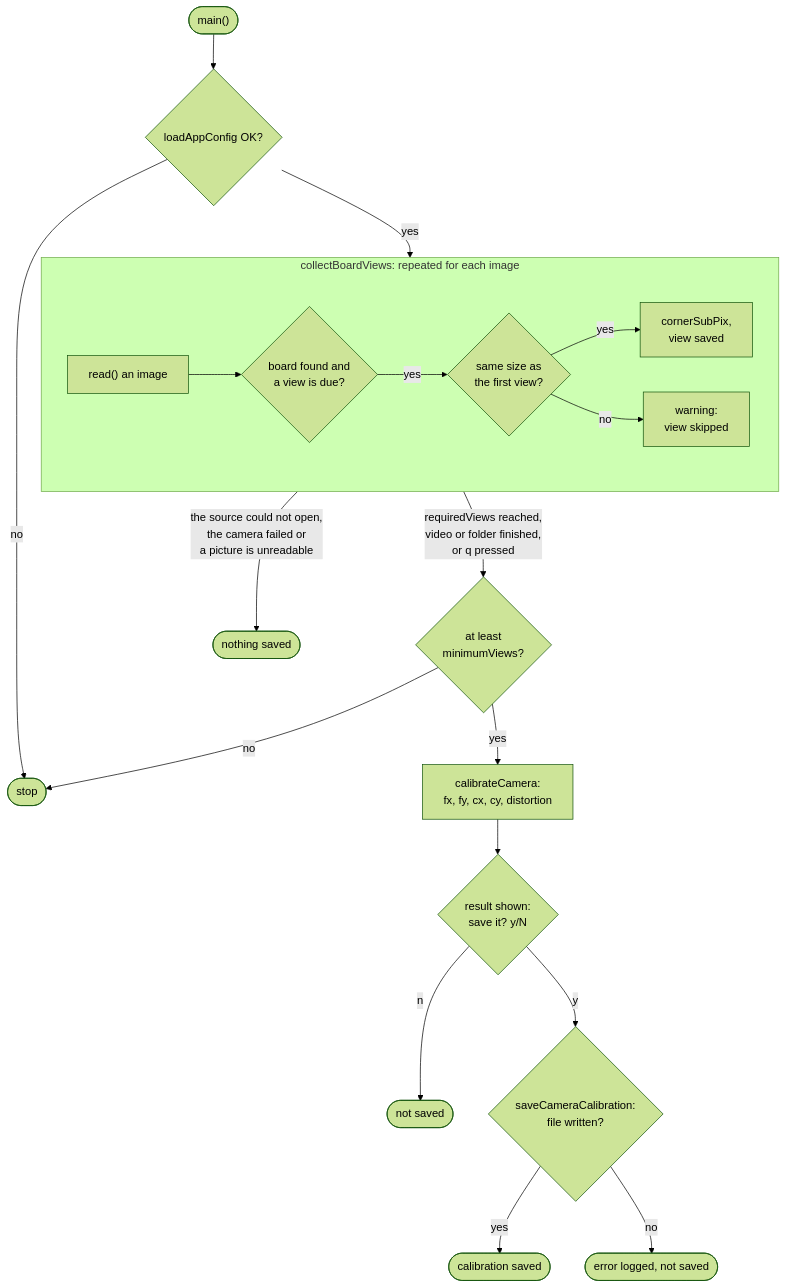
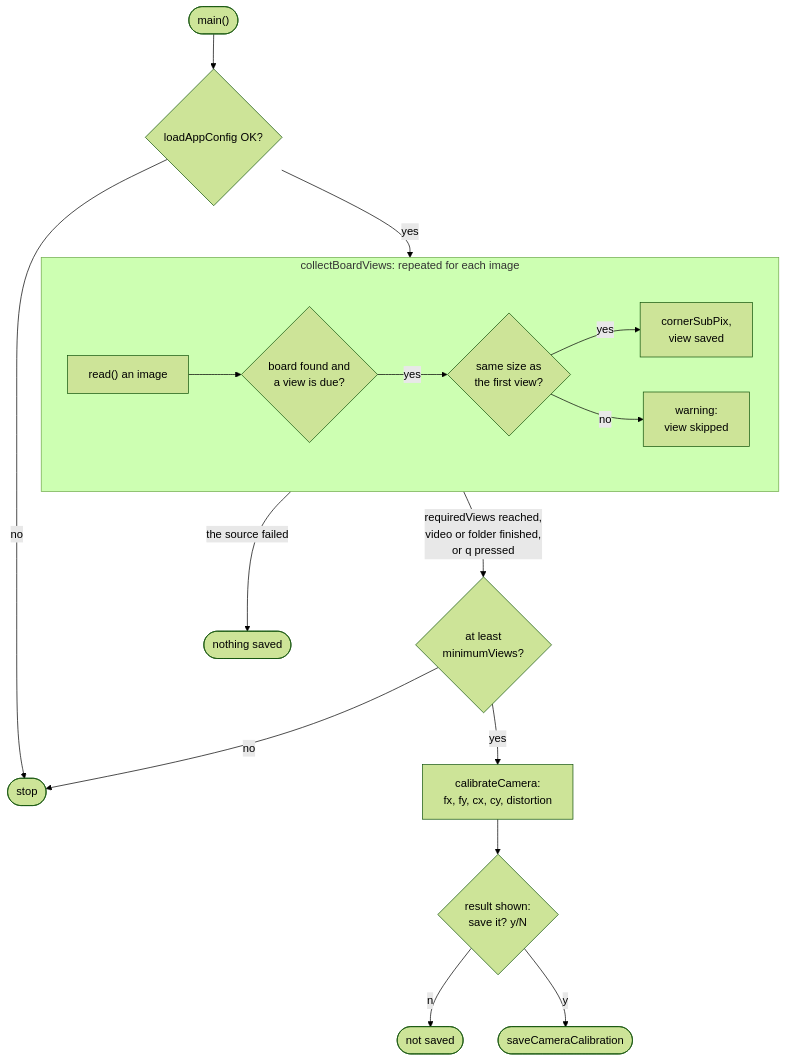
Before and after one commit to Basbat-net/BotQueValeUnEuro: the sixth of 6 diagrams in docs/vision/howVisionWorks.md, drawn with Mermaid (forest theme). The commit also changed other lines of this file, not shown here.

````diff
--- a/docs/vision/howVisionWorks.md
+++ b/docs/vision/howVisionWorks.md
@@ -172,21 +188,19 @@
 ```mermaid
 flowchart TD
     start(["main()"]) --> config{"loadAppConfig OK?"}
     config -- "no" --> stopped(["stop"])
     config -- "yes" --> collect
     subgraph collect ["collectBoardViews: repeated for each image"]
         read["read() an image"] --> found{"board found and<br/>a view is due?"}
         found -- "yes" --> sameSize{"same size as<br/>the first view?"}
         sameSize -- "yes" --> saved["cornerSubPix,<br/>view saved"]
         sameSize -- "no" --> skipped["warning:<br/>view skipped"]
     end
-    collect -- "the source could not open,<br/>the camera failed or<br/>a picture is unreadable" --> nothing(["nothing saved"])
+    collect -- "the source failed" --> nothing(["nothing saved"])
     collect -- "requiredViews reached,<br/>video or folder finished,<br/>or q pressed" --> enough{"at least<br/>minimumViews?"}
     enough -- "no" --> stopped
     enough -- "yes" --> calibrate["calibrateCamera:<br/>fx, fy, cx, cy, distortion"]
     calibrate --> ask{"result shown:<br/>save it? y/N"}
     ask -- "n" --> notSaved(["not saved"])
-    ask -- "y" --> write{"saveCameraCalibration:<br/>file written?"}
-    write -- "yes" --> calibrationSaved(["calibration saved"])
-    write -- "no" --> writeFailed(["error logged, not saved"])
+    ask -- "y" --> write(["saveCameraCalibration"])
 ```
````
